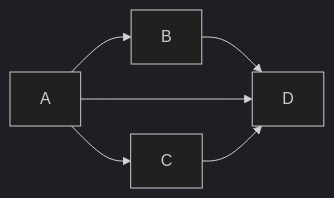
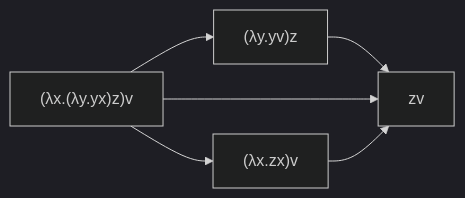
One commit to SuperSamus/appunti-universitari changed the first of 2 diagrams in Paradigmi di programmazione/λ-calcolo/β-riduzione.md. Above: the diagram before and after it, drawn with Mermaid (dark theme). The commit also changed other lines of this file and 1 other file, not shown here.

Commit message:
vault backup: 2022-09-27 23:17:20
vault backup: 2022-09-27 23:18:20

vault backup: 2022-09-27 23:19:20

vault backup: 2022-09-27 23:20:20

vault backup: 2022-09-27 23:21:20

vault backup: 2022-09-27 23:23:20

vault backup: 2022-09-27 23:24:20

vault backup: 2022-09-27 23:25:20

````diff
--- a/Paradigmi di programmazione/λ-calcolo/β-riduzione.md
+++ b/Paradigmi di programmazione/λ-calcolo/β-riduzione.md
@@ -38,6 +40,6 @@
 ```mermaid
 flowchart LR
-A --> B --> D
+A["(λx.(λy.yx)z)v"] --> B["(λy.yv)z"] --> D[zv]
 A --> D
-A --> C --> D
+A --> C["(λx.zx)v"] --> D
 ```
````
